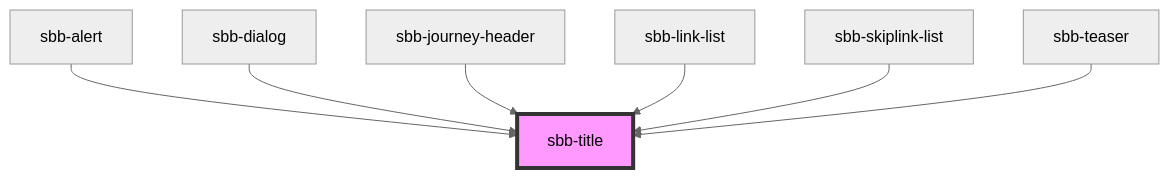
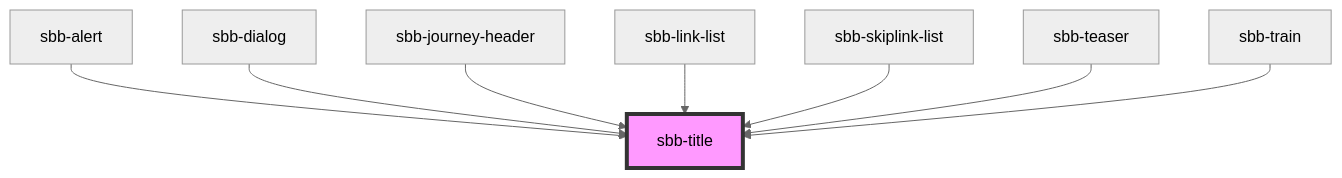
Before and after one commit to sbb-design-systems/lyne-components: the diagram in src/components/sbb-title/readme.md, drawn with Mermaid (neutral theme). The commit also changed other lines of this file and 6 other files, not shown here.

Commit message:
fix(sbb-train-formation): fix direction reading for screen readers

````diff
--- a/src/components/sbb-title/readme.md
+++ b/src/components/sbb-title/readme.md
@@ -34,10 +35,11 @@
 ```mermaid
 graph TD;
   sbb-alert --> sbb-title
   sbb-dialog --> sbb-title
   sbb-journey-header --> sbb-title
   sbb-link-list --> sbb-title
   sbb-skiplink-list --> sbb-title
   sbb-teaser --> sbb-title
+  sbb-train --> sbb-title
   style sbb-title fill:#f9f,stroke:#333,stroke-width:4px
 ```
````
